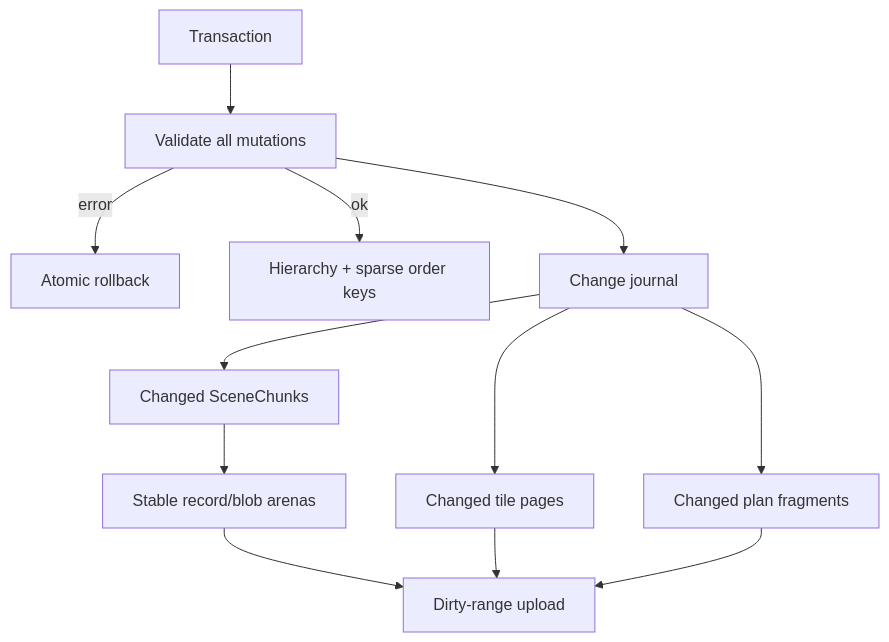
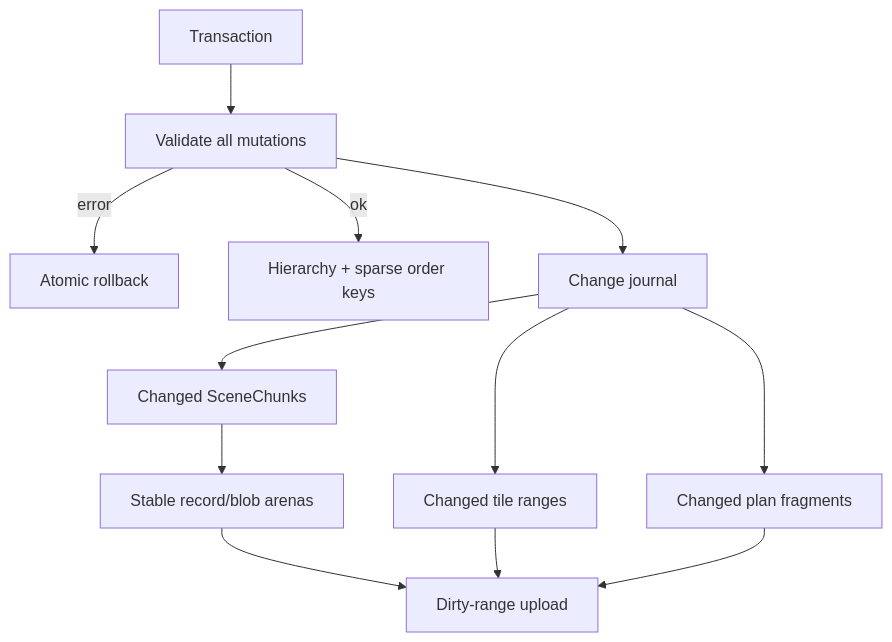
The diagram in website/i18n/en/docusaurus-plugin-content-docs/current/architecture/retained-scene.md (Jianqoq/tileink), drawn with Mermaid before and after one commit. The commit also changed other lines of this file and 4847 other files, not shown here.

````diff
--- a/website/i18n/en/docusaurus-plugin-content-docs/current/architecture/retained-scene.md
+++ b/website/i18n/en/docusaurus-plugin-content-docs/current/architecture/retained-scene.md
@@ -10,14 +10,14 @@
 ```mermaid
 flowchart TB
   Tx[Transaction] --> Validate[Validate all mutations]
   Validate -->|error| Rollback[Atomic rollback]
   Validate -->|ok| Graph[Hierarchy + sparse order keys]
   Validate --> Journal[Change journal]
   Journal --> Chunk[Changed SceneChunks]
   Chunk --> Arena[Stable record/blob arenas]
-  Journal --> Pages[Changed tile pages]
+  Journal --> Pages[Changed tile ranges]
   Journal --> Fragments[Changed plan fragments]
   Arena --> GPU[Dirty-range upload]
   Pages --> GPU
   Fragments --> GPU
 ```
````
